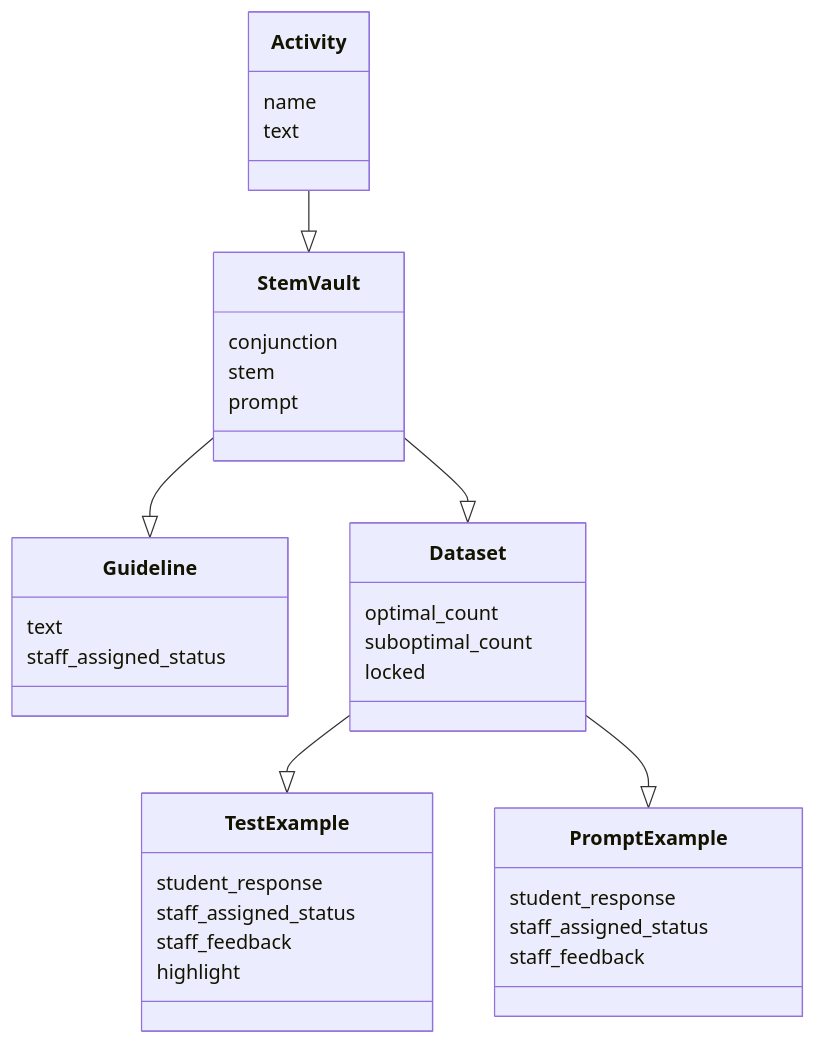
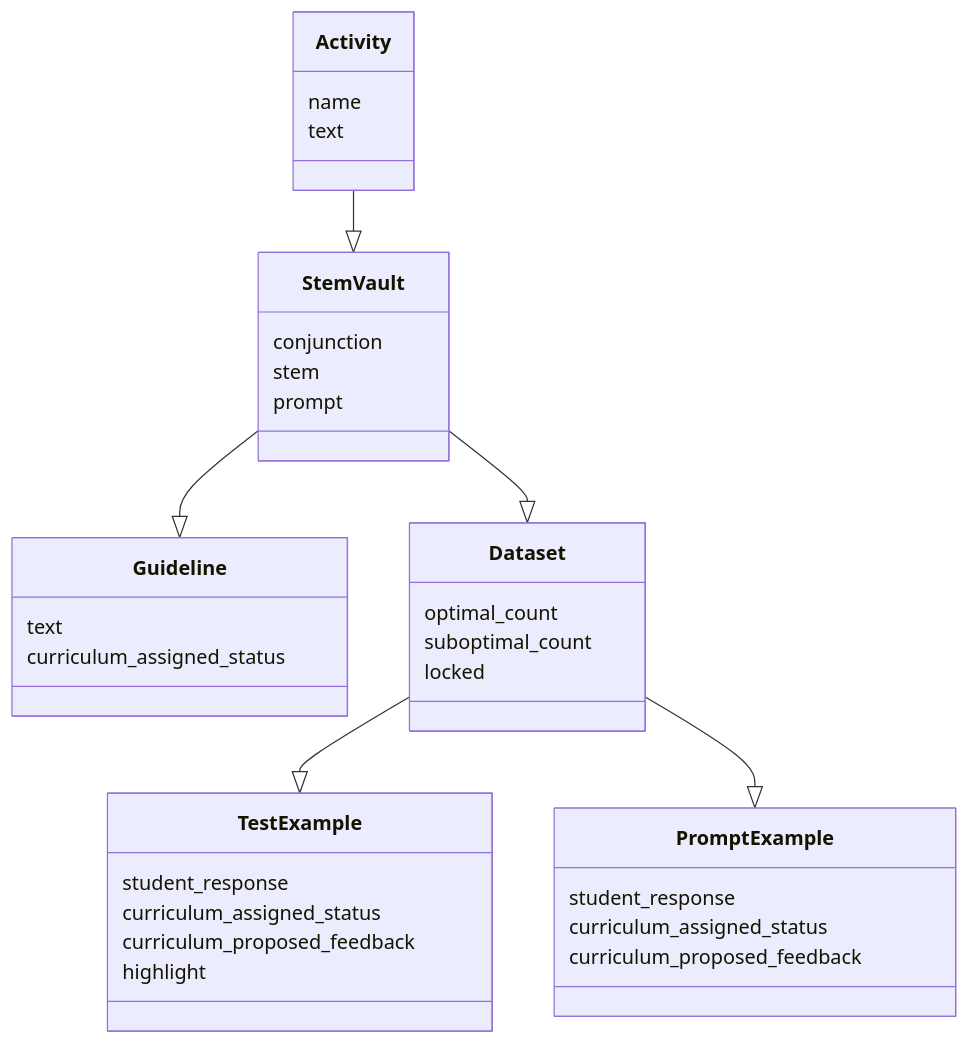
The first of 5 diagrams in services/QuillLMS/engines/evidence/app/models/evidence/research/readme.md (empirical-org/Empirical-Core), drawn with Mermaid before and after one commit. The commit also changed 24 other files, not shown here.

````diff
--- a/services/QuillLMS/engines/evidence/app/models/evidence/research/readme.md
+++ b/services/QuillLMS/engines/evidence/app/models/evidence/research/readme.md
@@ -7,37 +7,37 @@
 ```mermaid
 classDiagram
     class Activity {
          name
          text
     }
     class StemVault {
          conjunction
          stem
          prompt
     }
     class Guideline {
         text
-        staff_assigned_status
+        curriculum_assigned_status
     }
     class Dataset {
         optimal_count
         suboptimal_count
         locked
     }
     class TestExample {
           student_response
-          staff_assigned_status
-          staff_feedback
+          curriculum_assigned_status
+          curriculum_proposed_feedback
           highlight
     }
     class PromptExample {
           student_response
-          staff_assigned_status
-          staff_feedback
+          curriculum_assigned_status
+          curriculum_proposed_feedback
     }
     Activity --|> StemVault
     StemVault --|> Guideline
     StemVault --|> Dataset
     Dataset --|> TestExample
     Dataset --|> PromptExample
 ```
````
